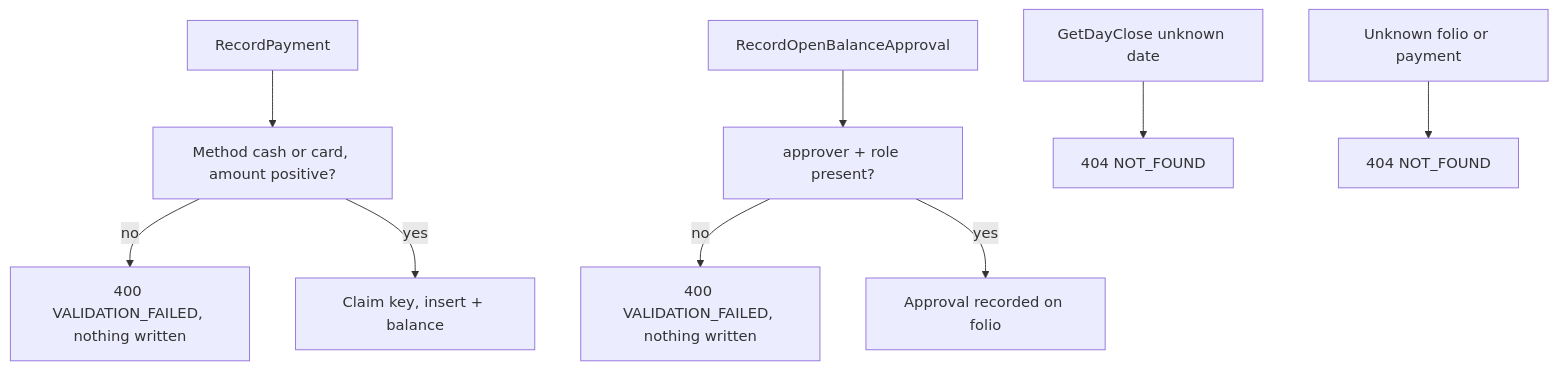
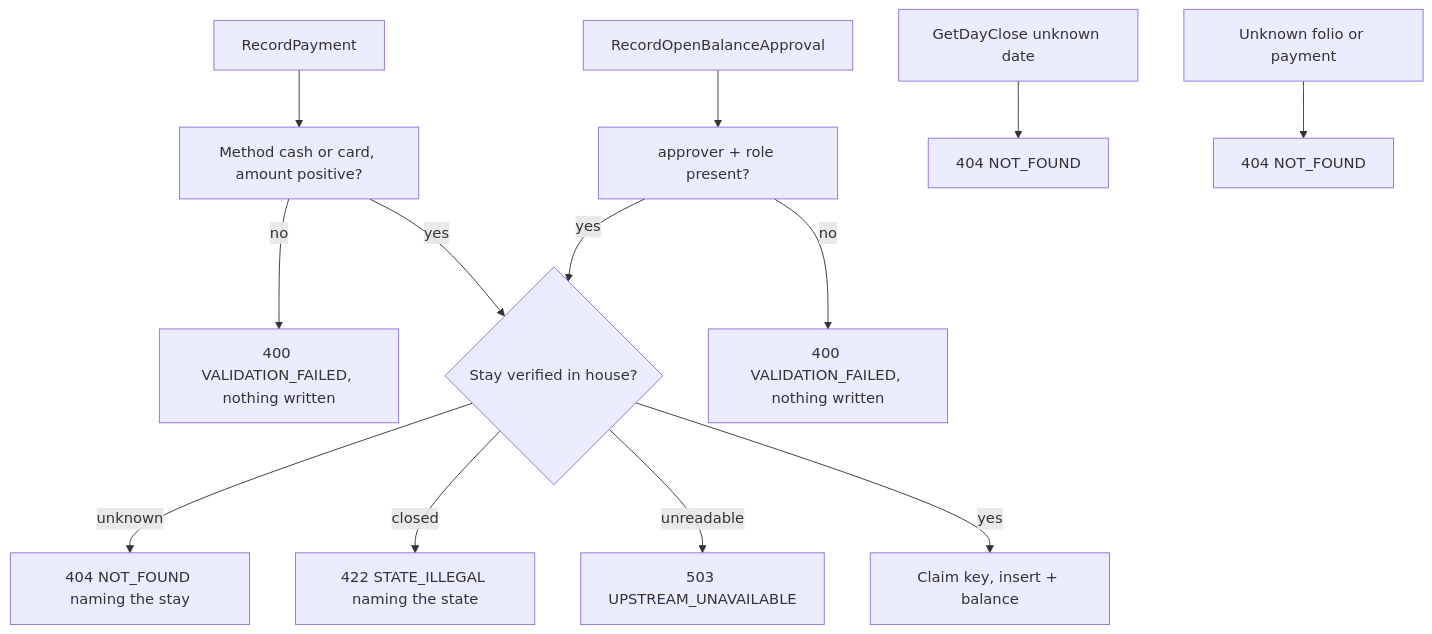
One commit to MingChen1501/hotel-mgmt changed the second of 2 diagrams in docs/architecture/services/billing.md. Above: the diagram before and after it, drawn with Mermaid. The commit also changed other lines of this file and 32 other files, not shown here.

First line of the commit message:
fix(billing): Verify the stay before every folio write (#748)

````diff
--- a/docs/architecture/services/billing.md
+++ b/docs/architecture/services/billing.md
@@ -53,11 +57,15 @@
 ```mermaid
 flowchart TD
     P[RecordPayment] --> M[Method cash or card, amount positive?]
     M -->|no| R400[400 VALIDATION_FAILED, nothing written]
-    M -->|yes| K[Claim key, insert + balance]
+    M -->|yes| V{Stay verified in house?}
+    V -->|unknown| R404[404 NOT_FOUND naming the stay]
+    V -->|closed| R422[422 STATE_ILLEGAL naming the state]
+    V -->|unreadable| R503[503 UPSTREAM_UNAVAILABLE]
+    V -->|yes| K[Claim key, insert + balance]
     Q[RecordOpenBalanceApproval] --> W[approver + role present?]
     W -->|no| R400b[400 VALIDATION_FAILED, nothing written]
-    W -->|yes| X[Approval recorded on folio]
-    Y[GetDayClose unknown date] --> R404[404 NOT_FOUND]
-    Z[Unknown folio or payment] --> R404b[404 NOT_FOUND]
+    W -->|yes| V
+    Y[GetDayClose unknown date] --> R404b[404 NOT_FOUND]
+    Z[Unknown folio or payment] --> R404c[404 NOT_FOUND]
 ```
````
